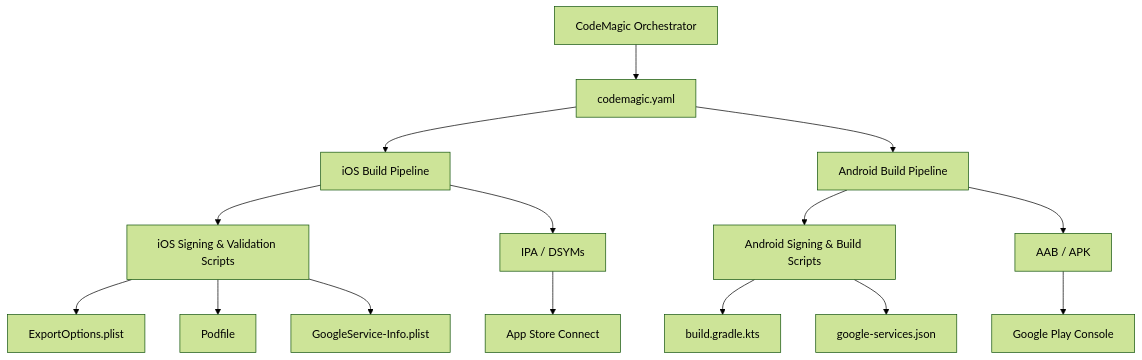
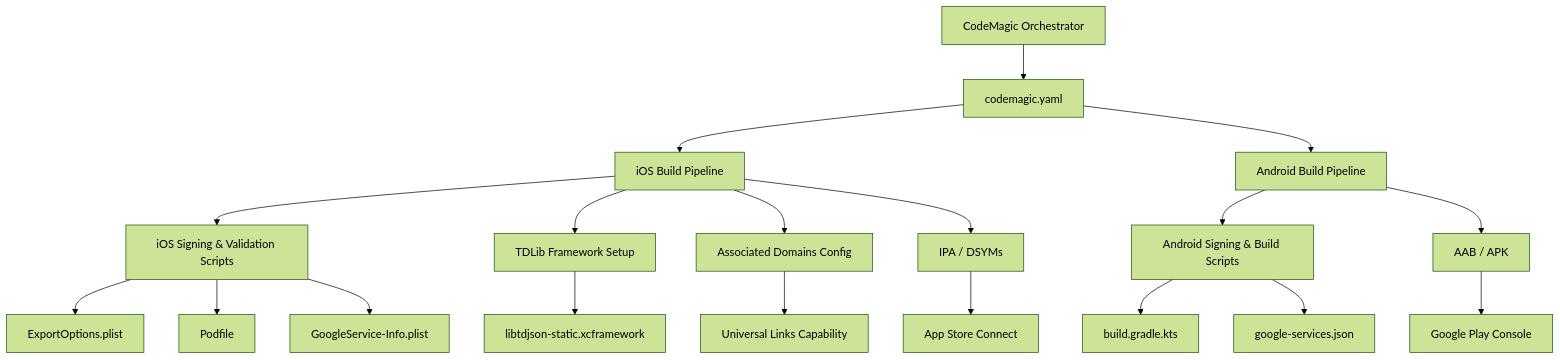
Before and after one commit to raihom-netizen/com.gestaoyahwehios.app: the first of 5 diagrams in .qoder/repowiki/en/content/Deployment & DevOps/CI_CD Pipeline Configuration/CodeMagic Configuration.md, drawn with Mermaid (forest theme). The commit also changed other lines of this file and 161 other files, not shown here.

````diff
--- a/.qoder/repowiki/en/content/Deployment & DevOps/CI_CD Pipeline Configuration/CodeMagic Configuration.md
+++ b/.qoder/repowiki/en/content/Deployment & DevOps/CI_CD Pipeline Configuration/CodeMagic Configuration.md
@@ -76,17 +94,21 @@
 ```mermaid
 graph TB
 CM["CodeMagic Orchestrator"] --> Yaml["codemagic.yaml"]
 Yaml --> BuildiOS["iOS Build Pipeline"]
 Yaml --> BuildAndroid["Android Build Pipeline"]
 BuildiOS --> ScriptsIOS["iOS Signing & Validation Scripts"]
+BuildiOS --> TDLib["TDLib Framework Setup"]
+BuildiOS --> AssociatedDomains["Associated Domains Config"]
 BuildAndroid --> ScriptsAndroid["Android Signing & Build Scripts"]
 ScriptsIOS --> ExportOpts["ExportOptions.plist"]
 ScriptsIOS --> Podfile["Podfile"]
 ScriptsIOS --> GSIOS["GoogleService-Info.plist"]
 ScriptsAndroid --> Gradle["build.gradle.kts"]
 ScriptsAndroid --> GSAndroid["google-services.json"]
 BuildiOS --> ArtifactsIOS["IPA / DSYMs"]
 BuildAndroid --> ArtifactsAndroid["AAB / APK"]
 ArtifactsIOS --> ASC["App Store Connect"]
 ArtifactsAndroid --> PlayStore["Google Play Console"]
+TDLib --> TDFramework["libtdjson-static.xcframework"]
+AssociatedDomains --> Capabilities["Universal Links Capability"]
 ```
````
